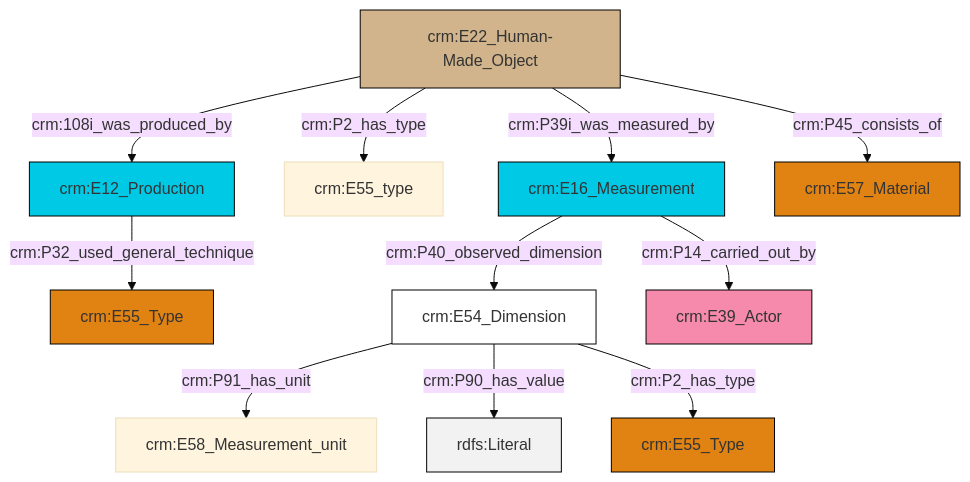
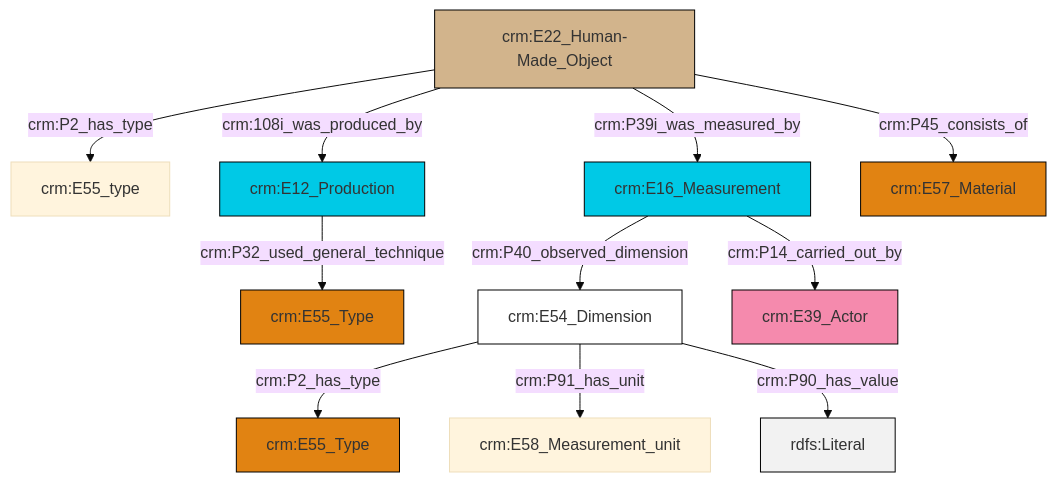
One commit to swiss-art-research-net/docs.swissartresearch changed the diagram in et/builtWorkCSV/ttl/mmd/Built_Work_substance.ttl.mmd. Above: the diagram before and after it, drawn with Mermaid (base theme). The commit also changed 181 other files, not shown here.

```diff
--- a/et/builtWorkCSV/ttl/mmd/Built_Work_substance.ttl.mmd
+++ b/et/builtWorkCSV/ttl/mmd/Built_Work_substance.ttl.mmd
@@ -1,25 +1,25 @@
 graph TD
 classDef Literal fill:#f2f2f2,stroke:#000000;
 classDef CRM_Entity fill:#FFFFFF,stroke:#000000;
 classDef Temporal_Entity fill:#00C9E6, stroke:#000000;
 classDef Type fill:#E18312, stroke:#000000;
 classDef Time-Span fill:#2C9C91, stroke:#000000;
 classDef Appellation fill:#FFEB7F, stroke:#000000;
 classDef Place fill:#008836, stroke:#000000;
 classDef Persistent_Item fill:#B266B2, stroke:#000000;
 classDef Conceptual_Object fill:#FFD700, stroke:#000000;
 classDef Physical_Thing fill:#D2B48C, stroke:#000000;
 classDef Actor fill:#f58aad, stroke:#000000;
 classDef PC_Classes fill:#4ce600, stroke:#000000;
 classDef Multi fill:#cccccc,stroke:#000000;
 
-2["crm:E16_Measurement"]:::Temporal_Entity -->|crm:P40_observed_dimension| 3["crm:E54_Dimension"]:::CRM_Entity
-3["crm:E54_Dimension"]:::CRM_Entity -->|crm:P91_has_unit| 6["crm:E58_Measurement_unit"]:::Default
-3["crm:E54_Dimension"]:::CRM_Entity -->|crm:P90_has_value| 9[rdfs:Literal]:::Literal
-0["crm:E22_Human-Made_Object"]:::Physical_Thing -->|crm:108i_was_produced_by| 7["crm:E12_Production"]:::Temporal_Entity
-2["crm:E16_Measurement"]:::Temporal_Entity -->|crm:P14_carried_out_by| 11["crm:E39_Actor"]:::Actor
-0["crm:E22_Human-Made_Object"]:::Physical_Thing -->|crm:P2_has_type| 13["crm:E55_type"]:::Default
-0["crm:E22_Human-Made_Object"]:::Physical_Thing -->|crm:P39i_was_measured_by| 2["crm:E16_Measurement"]:::Temporal_Entity
-7["crm:E12_Production"]:::Temporal_Entity -->|crm:P32_used_general_technique| 4["crm:E55_Type"]:::Type
-0["crm:E22_Human-Made_Object"]:::Physical_Thing -->|crm:P45_consists_of| 16["crm:E57_Material"]:::Type
-3["crm:E54_Dimension"]:::CRM_Entity -->|crm:P2_has_type| 18["crm:E55_Type"]:::Type
+2["crm:E12_Production"]:::Temporal_Entity -->|crm:P32_used_general_technique| 3["crm:E55_Type"]:::Type
+4["crm:E54_Dimension"]:::CRM_Entity -->|crm:P2_has_type| 5["crm:E55_Type"]:::Type
+9["crm:E22_Human-Made_Object"]:::Physical_Thing -->|crm:P39i_was_measured_by| 7["crm:E16_Measurement"]:::Temporal_Entity
+7["crm:E16_Measurement"]:::Temporal_Entity -->|crm:P40_observed_dimension| 4["crm:E54_Dimension"]:::CRM_Entity
+9["crm:E22_Human-Made_Object"]:::Physical_Thing -->|crm:P2_has_type| 0["crm:E55_type"]:::Default
+9["crm:E22_Human-Made_Object"]:::Physical_Thing -->|crm:108i_was_produced_by| 2["crm:E12_Production"]:::Temporal_Entity
+4["crm:E54_Dimension"]:::CRM_Entity -->|crm:P91_has_unit| 10["crm:E58_Measurement_unit"]:::Default
+4["crm:E54_Dimension"]:::CRM_Entity -->|crm:P90_has_value| 11[rdfs:Literal]:::Literal
+7["crm:E16_Measurement"]:::Temporal_Entity -->|crm:P14_carried_out_by| 12["crm:E39_Actor"]:::Actor
+9["crm:E22_Human-Made_Object"]:::Physical_Thing -->|crm:P45_consists_of| 18["crm:E57_Material"]:::Type
```
